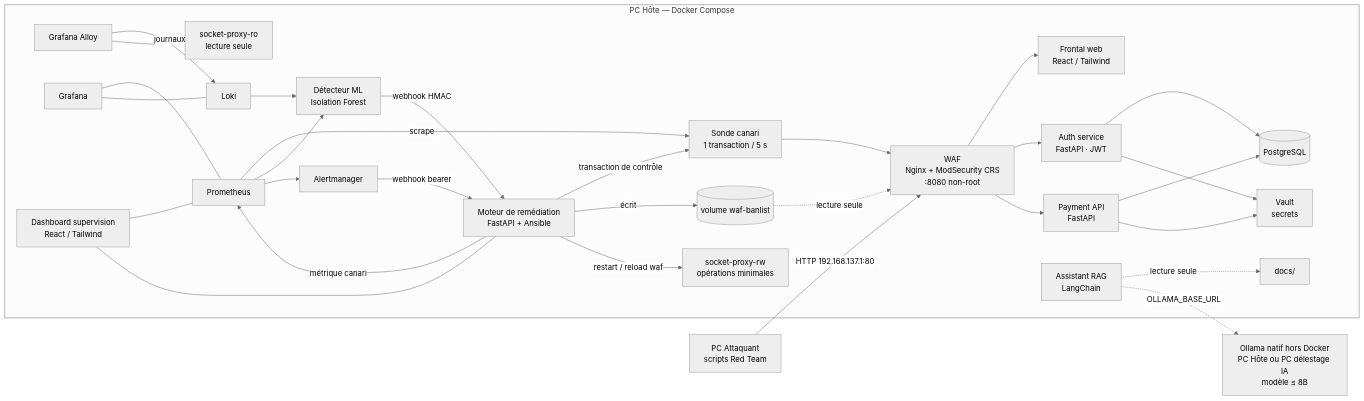
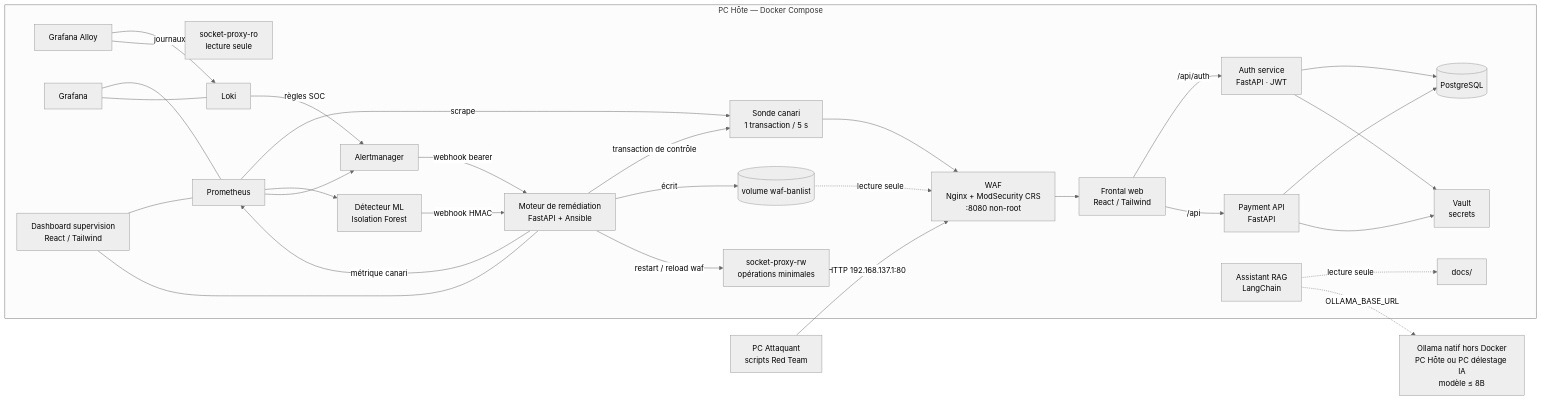
One commit to Formidabledu59/resilience-alpha changed the diagram in README.md. Above: the diagram before and after it, drawn with Mermaid (neutral theme). The commit also changed other lines of this file and 19 other files, not shown here.

````diff
--- a/README.md
+++ b/README.md
@@ -53,37 +54,38 @@
 ```mermaid
 flowchart LR
     ATK["PC Attaquant<br/>scripts Red Team"] -->|"HTTP 192.168.137.1:80"| WAF
 
     subgraph HOTE["PC Hôte — Docker Compose"]
         WAF["WAF<br/>Nginx + ModSecurity CRS<br/>:8080 non-root"] --> FRONT["Frontal web<br/>React / Tailwind"]
-        WAF --> AUTH["Auth service<br/>FastAPI · JWT"]
-        WAF --> API["Payment API<br/>FastAPI"]
+        FRONT -->|/api/auth| AUTH["Auth service<br/>FastAPI · JWT"]
+        FRONT -->|/api| API["Payment API<br/>FastAPI"]
         AUTH --> DB[("PostgreSQL")]
         API --> DB
         AUTH --> VAULT["Vault<br/>secrets"]
         API --> VAULT
         CANARY["Sonde canari<br/>1 transaction / 5 s"] --> WAF
 
         PROM["Prometheus"] -->|scrape| CANARY
         PROM --> ML["Détecteur ML<br/>Isolation Forest"]
-        LOKI["Loki"] --> ML
+        LOKI["Loki"]
         ALLOY["Grafana Alloy"] -->|journaux| LOKI
         ALLOY --> PROXYRO["socket-proxy-ro<br/>lecture seule"]
         PROM --> AM["Alertmanager"]
+        LOKI -->|règles SOC| AM
         ML -->|webhook HMAC| REM["Moteur de remédiation<br/>FastAPI + Ansible"]
         AM -->|webhook bearer| REM
         REM -->|métrique canari| PROM
         REM -->|transaction de contrôle| CANARY
         REM -->|écrit| BAN[("volume waf-banlist")]
         BAN -.lecture seule.-> WAF
         REM -->|restart / reload waf| PROXYRW["socket-proxy-rw<br/>opérations minimales"]
 
         GRAF["Grafana"] --- PROM
         GRAF --- LOKI
         DASH["Dashboard supervision<br/>React / Tailwind"] --- PROM
         DASH --- REM
         RAG["Assistant RAG<br/>LangChain"] -.lecture seule.-> DOCS["docs/"]
     end
 
     RAG -.->|OLLAMA_BASE_URL| OLLAMA["Ollama natif hors Docker<br/>PC Hôte ou PC délestage IA<br/>modèle ≤ 8B"]
 ```
````
